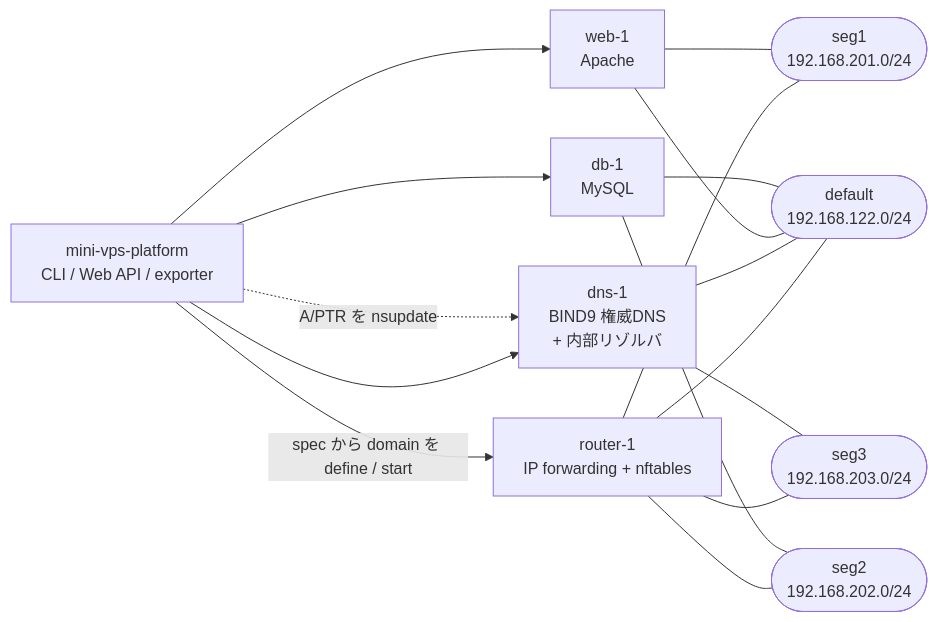
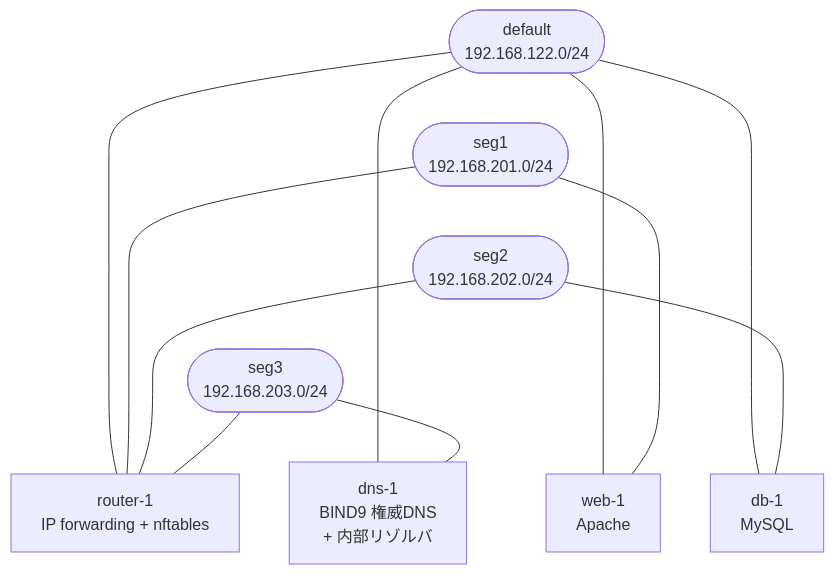
One commit to 0x69d/mini-vps-platform changed the first of 2 diagrams in README.md. Above: the diagram before and after it, drawn with Mermaid. The commit also changed other lines of this file, not shown here.

Commit message:
docs: 関連リポジトリ図をネットワーク配置専用に整理する (#59)
従来の図はcontrol-plane(spec作成)・DNS自動登録・ネットワーク配置の3つの
関心事が1つのflowchart LRに混在し、有向/無向エッジが入り混じって
列順が意図通りにならなかった。前者2つは既に本文の表とArchitecture節の
図で説明済みのため、この図からはmini-vps-platformノードを外し
ネットワーク配置のみを示すflowchart TBに変更した。

セグメントの並び順(default/seg1/seg2/seg3)はdagreの自動レイアウトでは
崩れるため、不可視エッジ(~~~)で明示的に固定している。

````diff
--- a/README.md
+++ b/README.md
@@ -46,31 +46,32 @@
 ```mermaid
-flowchart LR
-    PLAT["mini-vps-platform<br/>CLI / Web API / exporter"]
-
+flowchart TB
     DEF(["default<br/>192.168.122.0/24"])
     S1(["seg1<br/>192.168.201.0/24"])
     S2(["seg2<br/>192.168.202.0/24"])
     S3(["seg3<br/>192.168.203.0/24"])
 
     R["router-1<br/>IP forwarding + nftables"]
     D1["dns-1<br/>BIND9 権威DNS<br/>+ 内部リゾルバ"]
     W["web-1<br/>Apache"]
     D2["db-1<br/>MySQL"]
 
-    PLAT -->|"spec から domain を define / start"| R
-    PLAT --> D1
-    PLAT --> W
-    PLAT --> D2
-    PLAT -.->|"A/PTR を nsupdate"| D1
+    %% default → seg1 → seg2 → seg3 の並び順とVM行の位置揃えのための不可視エッジ
+    DEF ~~~ S1
+    S1 ~~~ S2
+    S2 ~~~ S3
+    S3 ~~~ R
+    S3 ~~~ D1
+    S3 ~~~ W
+    S3 ~~~ D2
 
-    R --- DEF
-    R --- S1
-    R --- S2
-    R --- S3
-    D1 --- DEF
-    D1 --- S3
-    W --- DEF
-    W --- S1
-    D2 --- DEF
-    D2 --- S2
+    DEF --- R
+    S1 --- R
+    S2 --- R
+    S3 --- R
+    DEF --- D1
+    S3 --- D1
+    DEF --- W
+    S1 --- W
+    DEF --- D2
+    S2 --- D2
 ```
````
